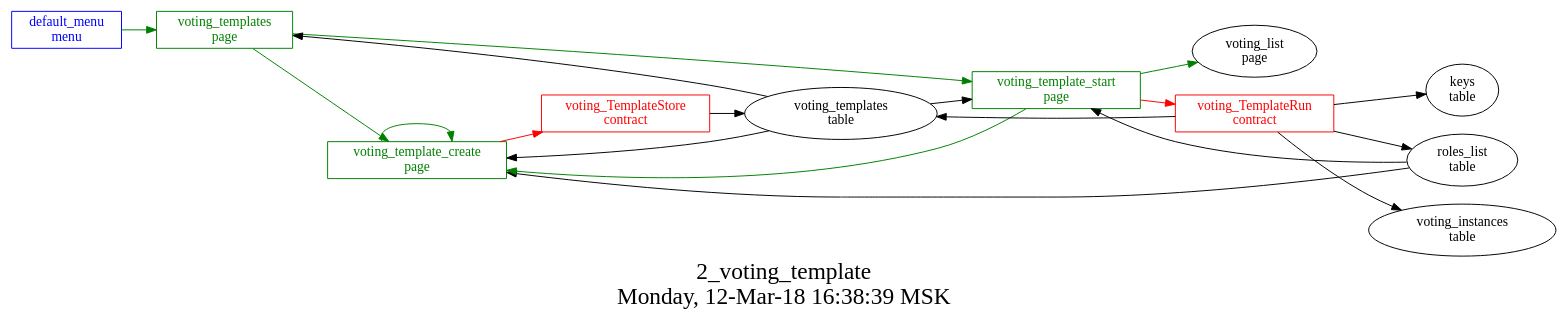
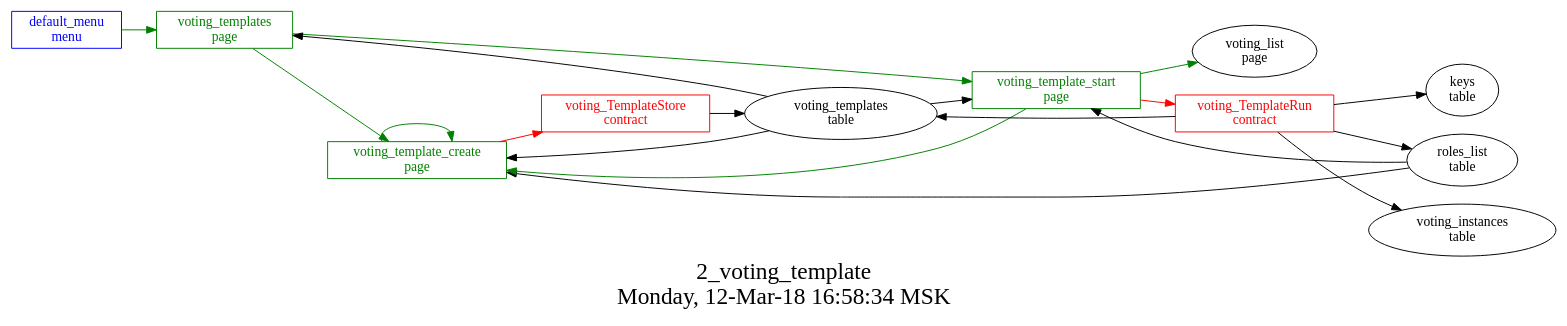
The diagram in src/basic/basic_main/2_voting_templates/struct.dot (AplaProject/apps), drawn with Graphviz before and after one commit. The commit also changed 2 other files, not shown here.

Commit message:
creating template return result

```diff
--- a/src/basic/basic_main/2_voting_templates/struct.dot
+++ b/src/basic/basic_main/2_voting_templates/struct.dot
@@ -1,35 +1,35 @@
 digraph G {
 graph [
   fontsize="24";
-  label="2_voting_template\nMonday, 12-Mar-18 16:38:39 MSK";
+  label="2_voting_template\nMonday, 12-Mar-18 16:58:34 MSK";
   nojustify=true;
   ordering=out;
   rankdir=LR;
   size="30";
 ];
 "default_menu\nmenu" -> "voting_templates\npage"  [ color=green ]
 "default_menu\nmenu" [color=blue, fontcolor=blue, group=menus, shape=record];
 "voting_template_create\npage" -> "voting_TemplateStore\ncontract"  [ color=red ]
 "voting_templates\ntable" -> "voting_template_create\npage"  [ color="" ]
 "roles_list\ntable" -> "voting_template_create\npage"  [ color="" ]
 "voting_template_create\npage" -> "voting_template_create\npage"  [ color=green ]
 "voting_template_create\npage" [color=green, fontcolor=green, group=pages, shape=record];
 "voting_template_start\npage" -> "voting_TemplateRun\ncontract"  [ color=red ]
 "voting_templates\ntable" -> "voting_template_start\npage"  [ color="" ]
 "roles_list\ntable" -> "voting_template_start\npage"  [ color="" ]
 "voting_template_start\npage" -> "voting_template_create\npage"  [ color=green ]
 "voting_template_start\npage" -> "voting_list\npage"  [ color=green ]
 "voting_template_start\npage" [color=green, fontcolor=green, group=pages, shape=record];
 "voting_templates\ntable" -> "voting_templates\npage"  [ color="" ]
 "voting_templates\npage" -> "voting_template_start\npage"  [ color=green ]
 "voting_templates\npage" -> "voting_template_create\npage"  [ color=green ]
 "voting_templates\npage" [color=green, fontcolor=green, group=pages, shape=record];
 "voting_TemplateRun\ncontract" -> "voting_templates\ntable"  [ color="" ]
 "voting_TemplateRun\ncontract" -> "keys\ntable"  [ color="" ]
 "voting_TemplateRun\ncontract" -> "roles_list\ntable"  [ color="" ]
 "voting_TemplateRun\ncontract" -> "voting_instances\ntable"  [ color="" ]
 "voting_TemplateRun\ncontract" [color=red, fontcolor=red, group=contracts, shape=record];
 "voting_TemplateStore\ncontract" -> "voting_templates\ntable"  [ color="" ]
 "voting_TemplateStore\ncontract" [color=red, fontcolor=red, group=contracts, shape=record];
 "voting_templates\ntable" [color="", fontcolor="", group=tables, shape=""];
 }
```
